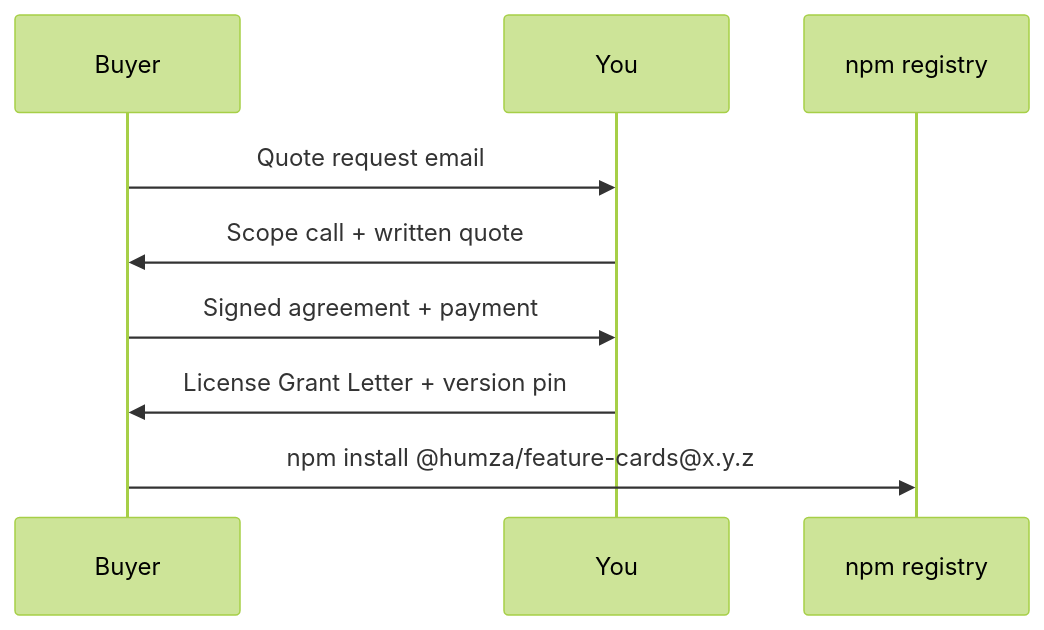
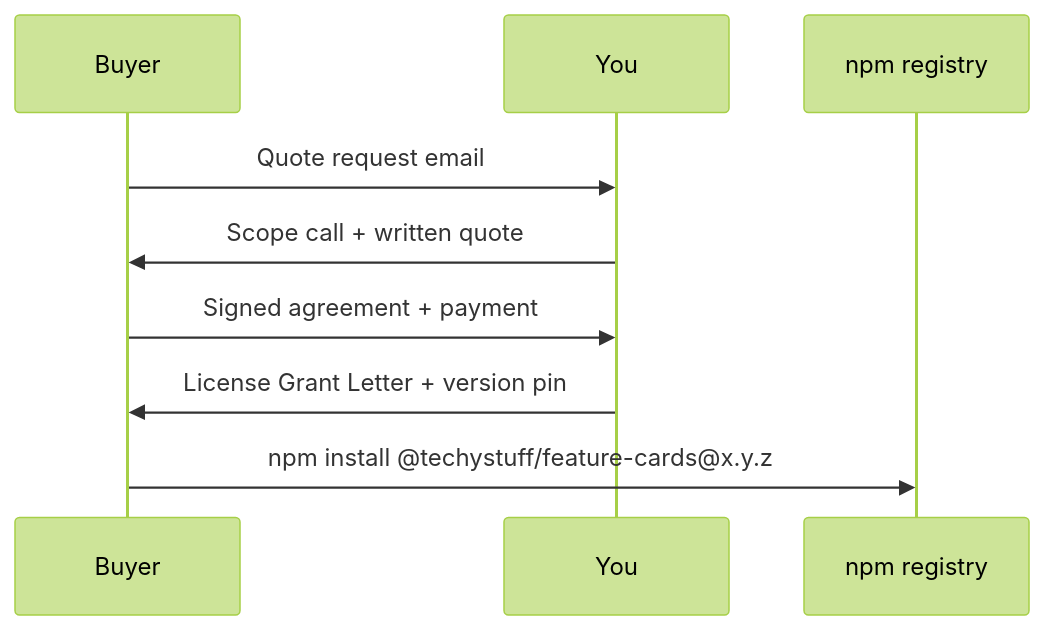
One commit to Hum2a/501Fun-feature-cards changed the diagram in COMMERCIAL-LICENSING.md. Above: the diagram before and after it, drawn with Mermaid (forest theme). The commit also changed other lines of this file and 107 other files, not shown here.

First line of the commit message:
chore: rename npm package scope to @techystuff/feature-cards

````diff
--- a/COMMERCIAL-LICENSING.md
+++ b/COMMERCIAL-LICENSING.md
@@ -113,23 +113,23 @@
 ```mermaid
 
 sequenceDiagram
 
   participant B as Buyer
 
   participant Y as You
 
   participant N as npm registry
 
 
 
   B->>Y: Quote request email
 
   Y->>B: Scope call + written quote
 
   B->>Y: Signed agreement + payment
 
   Y->>B: License Grant Letter + version pin
 
-  B->>N: npm install @humza/feature-cards@x.y.z
+  B->>N: npm install @techystuff/feature-cards@x.y.z
 
 ```
````
